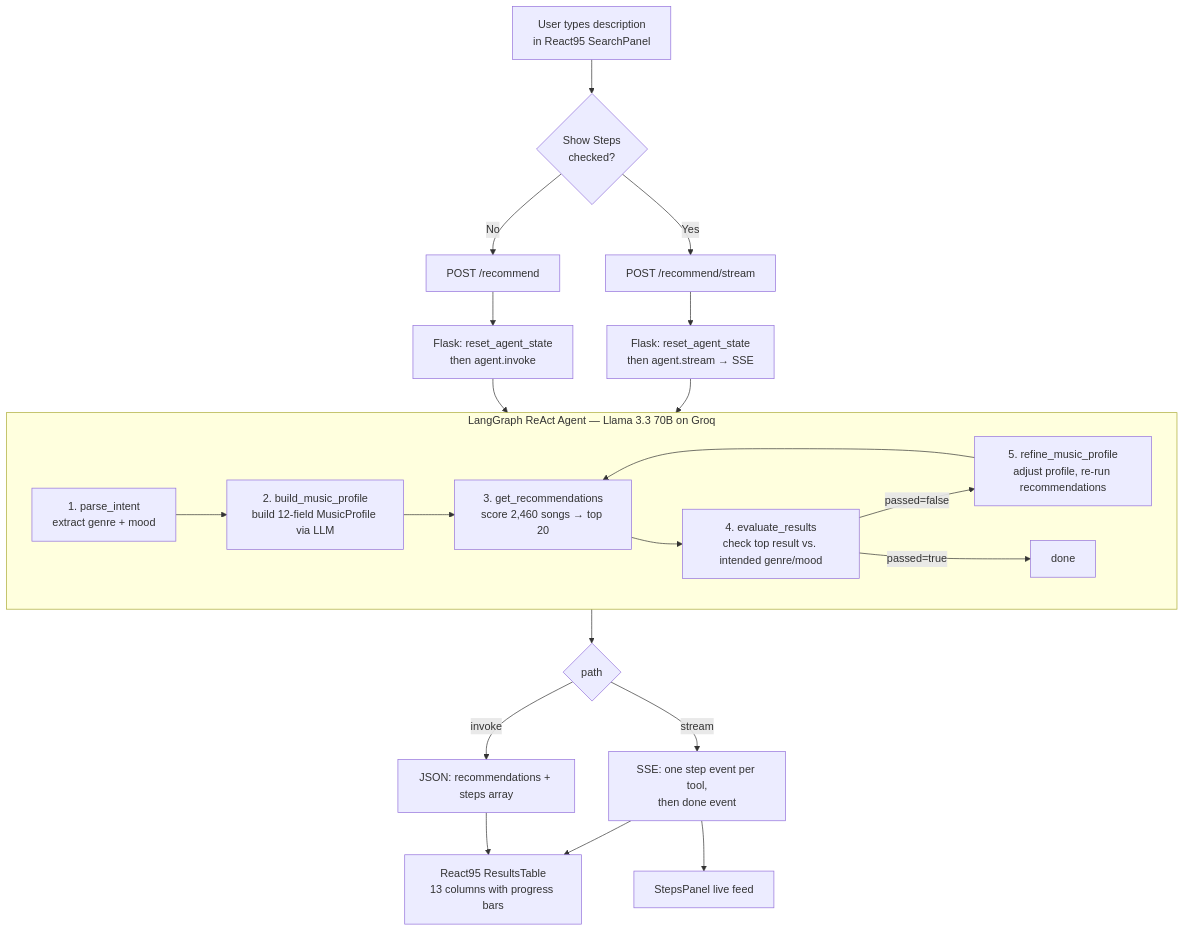
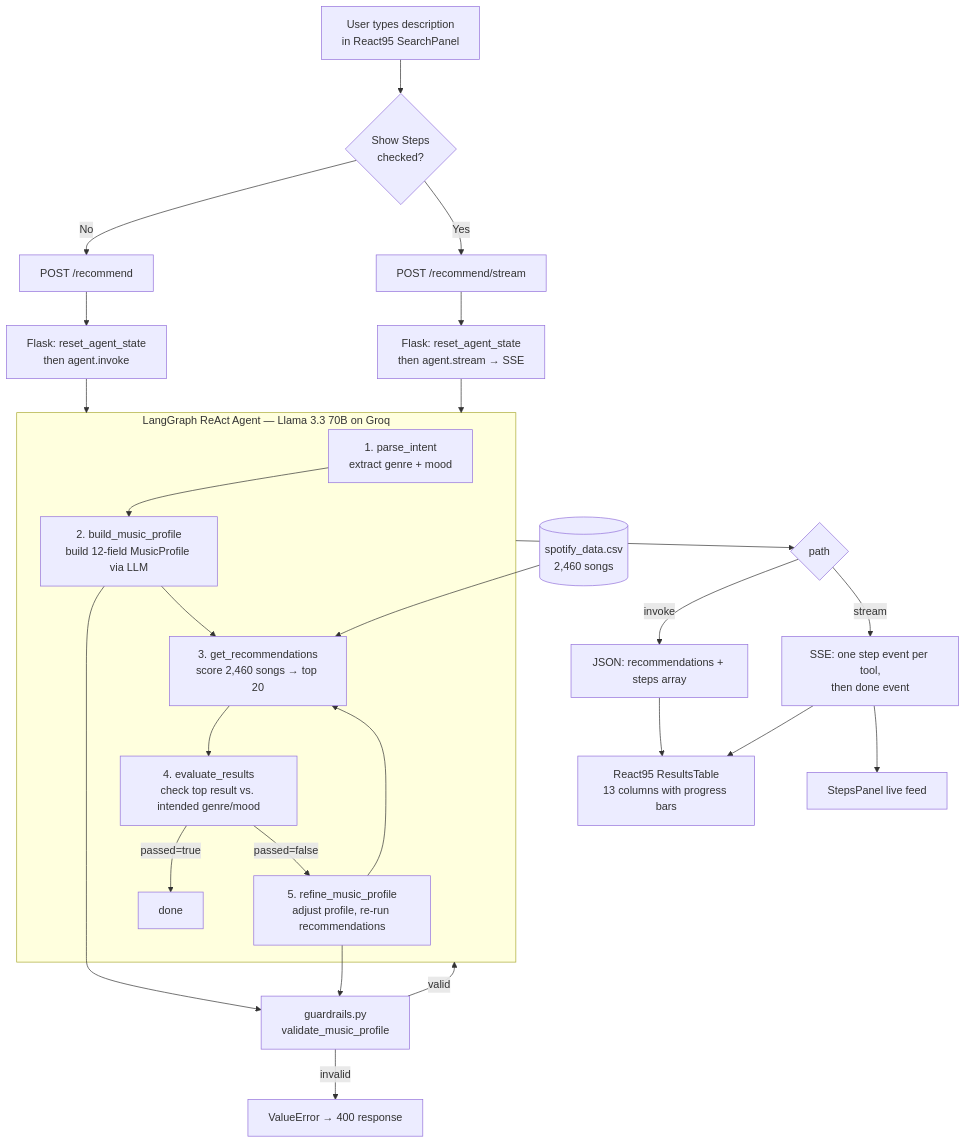
Before and after one commit to gitrlawton/applied-ai-system-project: the diagram in README.md, drawn with Mermaid. The commit also changed other lines of this file and 6 other files, not shown here.

````diff
--- a/README.md
+++ b/README.md
@@ -17,32 +36,38 @@
 ```mermaid
 flowchart TD
     A[User types description<br/>in React95 SearchPanel] --> B{Show Steps<br/>checked?}
     B -- No --> C[POST /recommend]
     B -- Yes --> D[POST /recommend/stream]
 
     C --> E[Flask: reset_agent_state<br/>then agent.invoke]
     D --> F[Flask: reset_agent_state<br/>then agent.stream → SSE]
 
     E --> G
     F --> G
 
     subgraph G[LangGraph ReAct Agent — Llama 3.3 70B on Groq]
         T1[1. parse_intent<br/>extract genre + mood]
         T2[2. build_music_profile<br/>build 12-field MusicProfile via LLM]
         T3[3. get_recommendations<br/>score 2,460 songs → top 20]
         T4[4. evaluate_results<br/>check top result vs. intended genre/mood]
         T5[5. refine_music_profile<br/>adjust profile, re-run recommendations]
 
         T1 --> T2 --> T3 --> T4
         T4 -- passed=false --> T5 --> T3
         T4 -- passed=true --> DONE[done]
     end
 
+    DB[(spotify_data.csv<br/>2,460 songs)] --> T3
+    T2 --> GR[guardrails.py<br/>validate_music_profile]
+    T5 --> GR
+    GR -- valid --> G
+    GR -- invalid --> ERR[ValueError → 400 response]
+
     G --> H{path}
     H -- invoke --> I[JSON: recommendations + steps array]
     H -- stream --> J[SSE: one step event per tool,<br/>then done event]
 
     I --> K[React95 ResultsTable<br/>13 columns with progress bars]
     J --> L[StepsPanel live feed]
     J --> K
 ```
````
